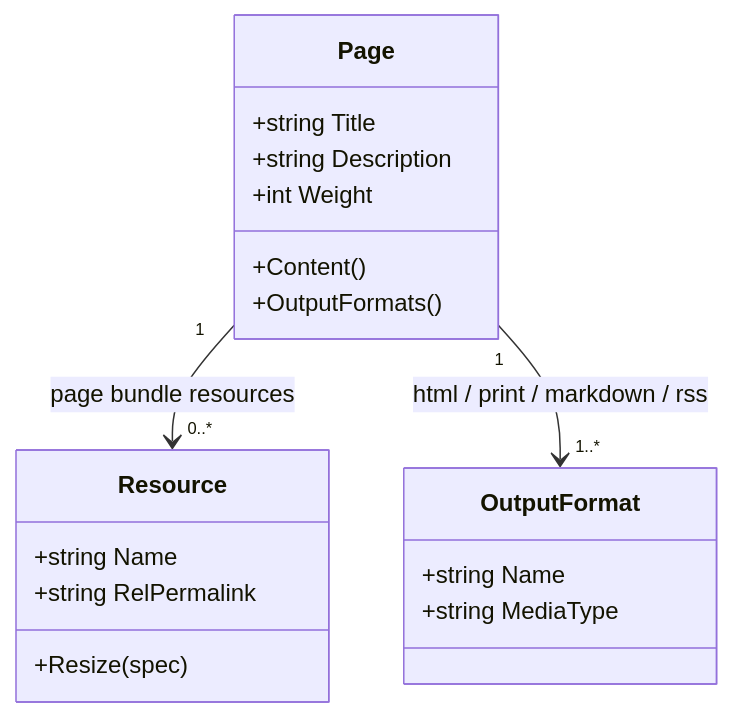
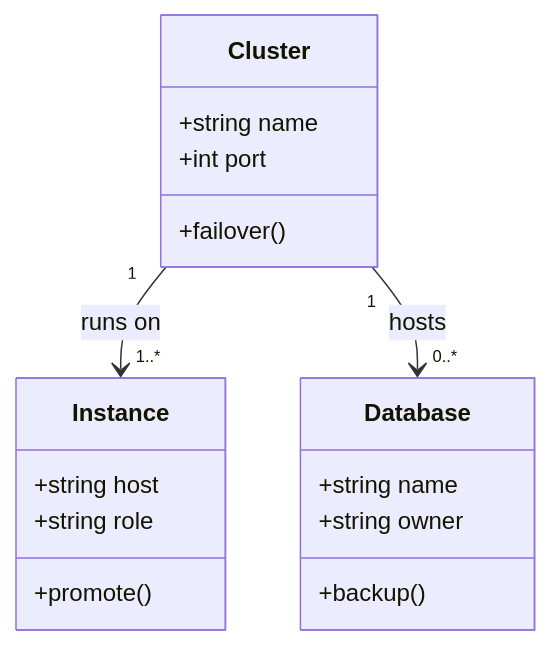
One commit to pgsty/oink.pgsty.com changed the fourth of 9 diagrams in content/docs/components/mermaid.md. Above: the diagram before and after it, drawn with Mermaid. The commit also changed other lines of this file and 148 other files, not shown here.

````diff
--- a/content/docs/components/mermaid.md
+++ b/content/docs/components/mermaid.md
@@ -138,21 +148,20 @@
 ```mermaid
 classDiagram
-  class Page {
-    +string Title
-    +string Description
-    +int Weight
-    +Content()
-    +OutputFormats()
+  class Cluster {
+    +string name
+    +int port
+    +failover()
   }
-  class Resource {
-    +string Name
-    +string RelPermalink
-    +Resize(spec)
+  class Instance {
+    +string host
+    +string role
+    +promote()
   }
-  class OutputFormat {
-    +string Name
-    +string MediaType
+  class Database {
+    +string name
+    +string owner
+    +backup()
   }
-  Page "1" --> "0..*" Resource : page bundle resources
-  Page "1" --> "1..*" OutputFormat : html / print / markdown / rss
+  Cluster "1" --> "1..*" Instance : runs on
+  Cluster "1" --> "0..*" Database : hosts
 ```
````
